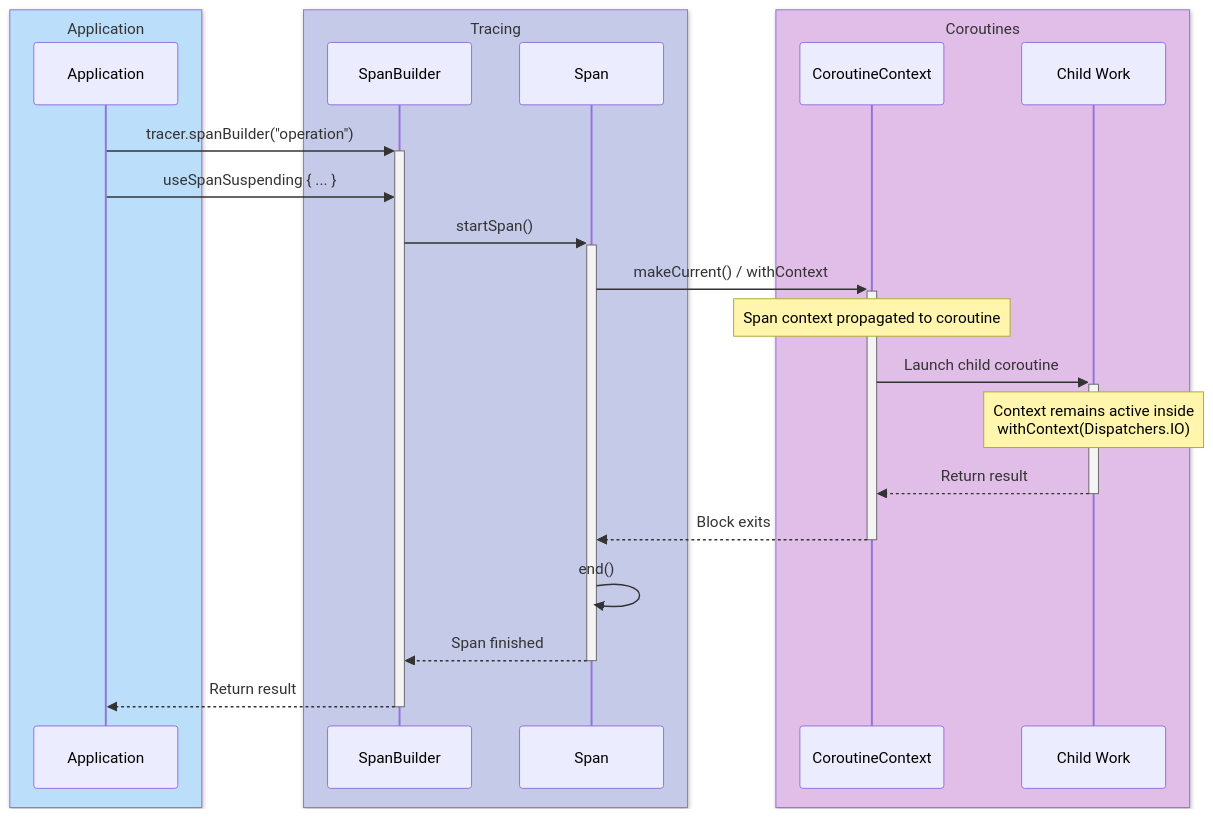
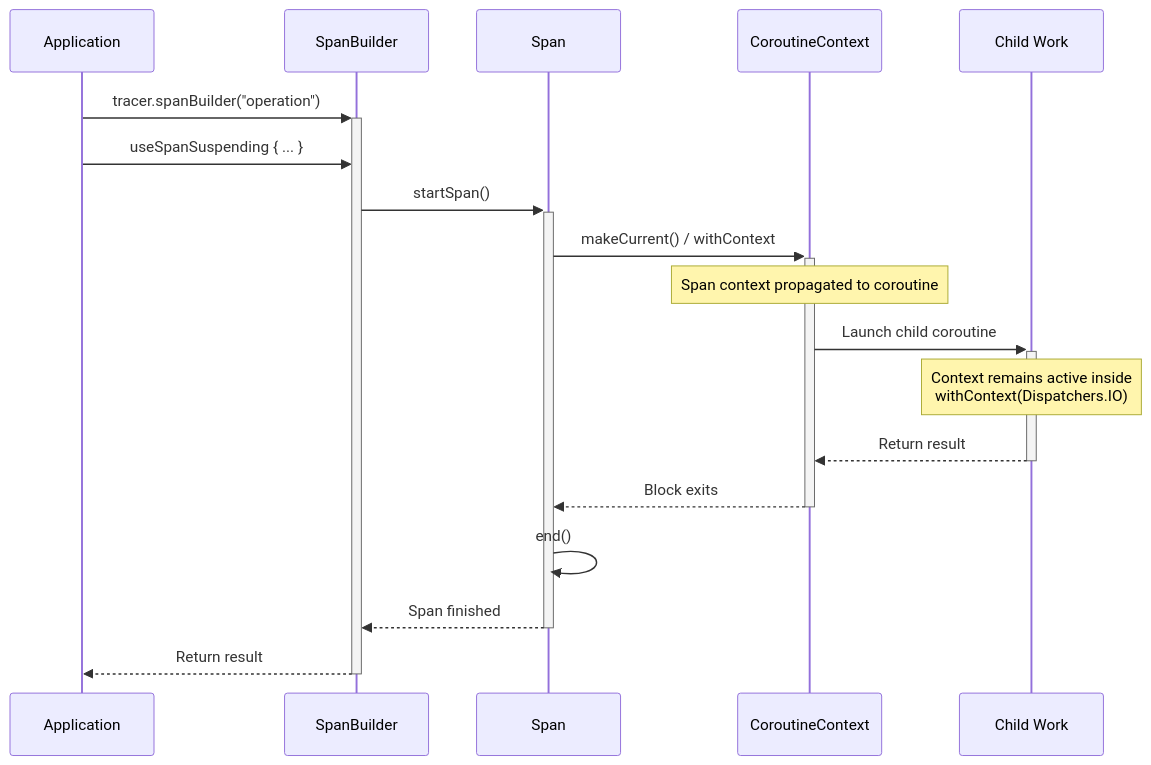
Before and after one commit to bluetape4k/bluetape4k-projects: the third of 4 diagrams in infra/opentelemetry/README.md, drawn with Mermaid. The commit also changed other lines of this file and 219 other files, not shown here.

First line of the commit message:
docs: 전체 README Mermaid 다이어그램 가이드 적용

````diff
--- a/infra/opentelemetry/README.md
+++ b/infra/opentelemetry/README.md
@@ -369,27 +369,21 @@
 ```mermaid
 sequenceDiagram
-    box rgb(187,222,251) Application
     participant App as Application
-    end
-    box rgb(197,202,233) Tracing
     participant Builder as SpanBuilder
     participant Span as Span
-    end
-    box rgb(225,190,231) Coroutines
     participant Context as CoroutineContext
     participant Child as Child Work
-    end
 
     App->>+Builder: tracer.spanBuilder("operation")
     App->>Builder: useSpanSuspending { ... }
     Builder->>+Span: startSpan()
     Span->>+Context: makeCurrent() / withContext
     Note over Context: Span context propagated to coroutine
     Context->>+Child: Launch child coroutine
     Note over Child: Context remains active inside<br/>withContext(Dispatchers.IO)
     Child-->>-Context: Return result
     Context-->>-Span: Block exits
     Span->>Span: end()
     Span-->>-Builder: Span finished
     Builder-->>-App: Return result
 ```
````
